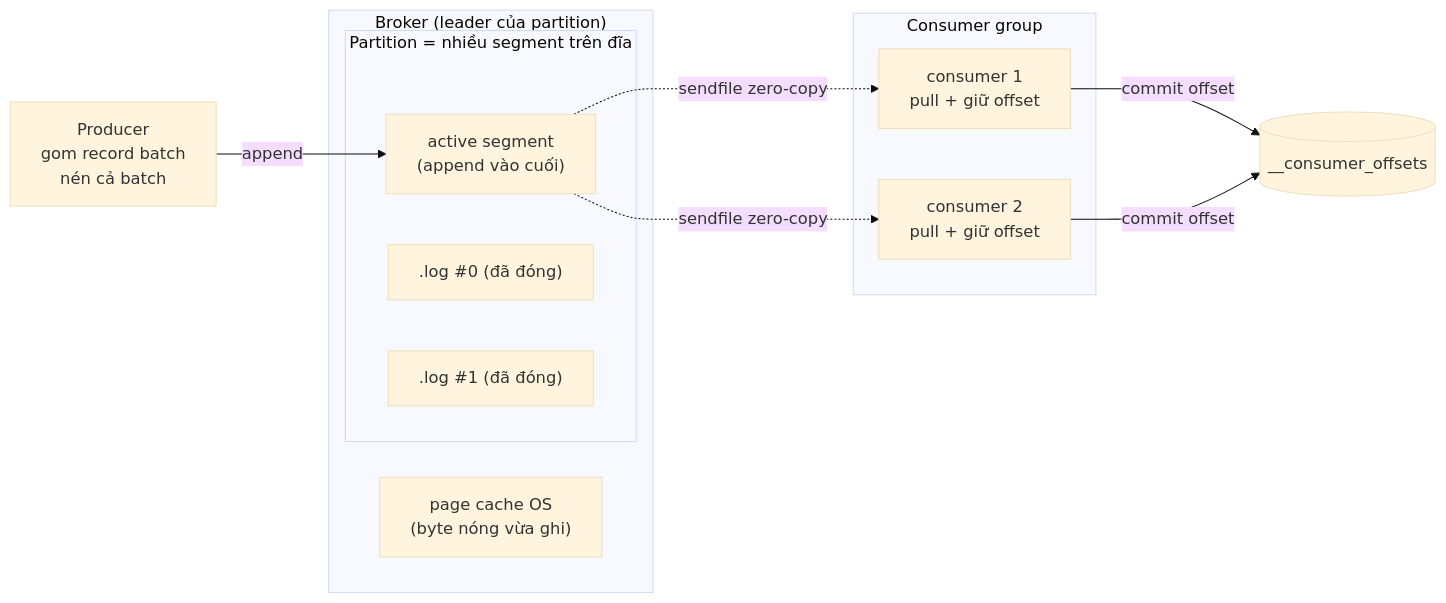
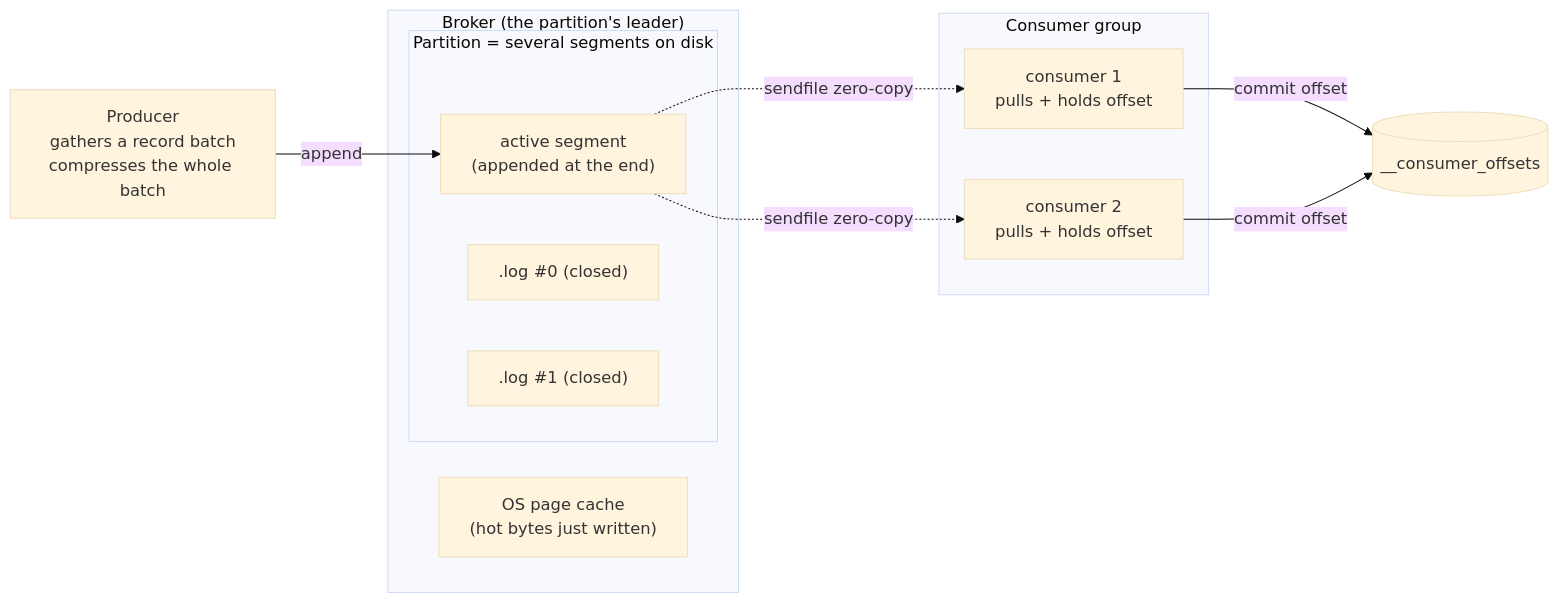
Before and after one commit to vuhoang001/knowledge: the diagram in i18n/en/docusaurus-plugin-content-docs/current/etl/kafka/reference/what-is-kafka.md, drawn with Mermaid (base theme). The commit also changed other lines of this file and 21 other files, not shown here.

````diff
--- a/i18n/en/docusaurus-plugin-content-docs/current/etl/kafka/reference/what-is-kafka.md
+++ b/i18n/en/docusaurus-plugin-content-docs/current/etl/kafka/reference/what-is-kafka.md
@@ -120,24 +119,24 @@
 ```mermaid
 flowchart LR
-  P[Producer<br/>gom record batch<br/>nén cả batch] -->|append| L
+  P[Producer<br/>gathers a record batch<br/>compresses the whole batch] -->|append| L
 
-  subgraph Broker["Broker (leader của partition)"]
-    subgraph Part["Partition = nhiều segment trên đĩa"]
-      S0[".log #0 (đã đóng)"]
-      S1[".log #1 (đã đóng)"]
-      L["active segment<br/>(append vào cuối)"]
+  subgraph Broker["Broker (the partition's leader)"]
+    subgraph Part["Partition = several segments on disk"]
+      S0[".log #0 (closed)"]
+      S1[".log #1 (closed)"]
+      L["active segment<br/>(appended at the end)"]
     end
-    PC["page cache OS<br/>(byte nóng vừa ghi)"]
+    PC["OS page cache<br/>(hot bytes just written)"]
   end
 
   L -.->|sendfile zero-copy| C1
   L -.->|sendfile zero-copy| C2
 
   subgraph CG["Consumer group"]
-    C1["consumer 1<br/>pull + giữ offset"]
-    C2["consumer 2<br/>pull + giữ offset"]
+    C1["consumer 1<br/>pulls + holds offset"]
+    C2["consumer 2<br/>pulls + holds offset"]
   end
 
   C1 -->|commit offset| OFF[("__consumer_offsets")]
   C2 -->|commit offset| OFF
 ```
````
